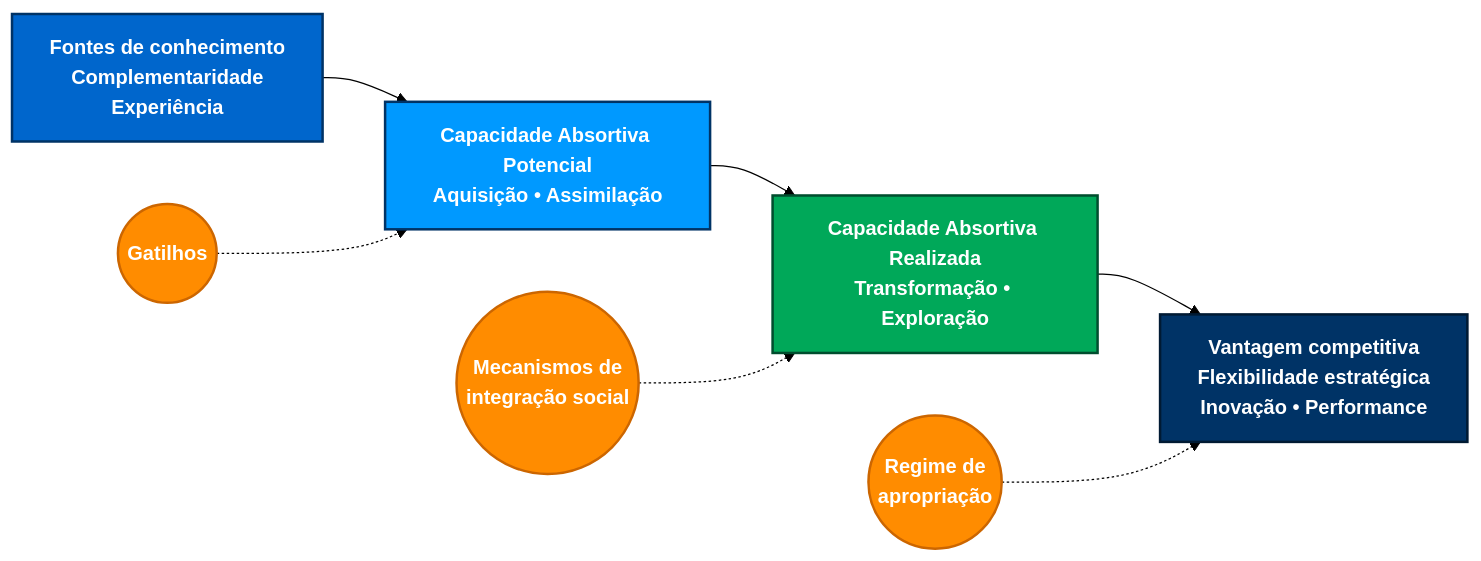
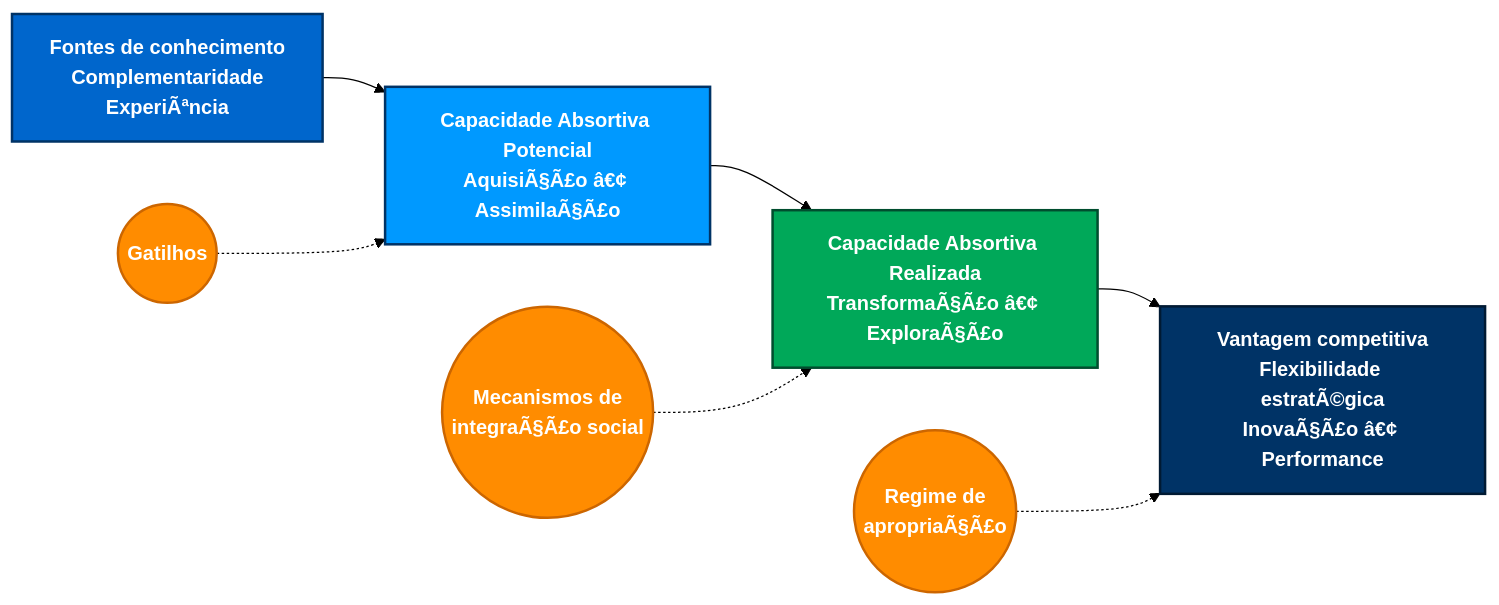
One commit to ldvsantos/cv changed the sixth of 11 diagrams in aulas/ciencia_pi/SLIDES_QUARTO/Tema 05 - Gestao de Projetos inovacao/tema05_apresentacao/tema05_apresentacao.qmd. Above: the diagram before and after it, drawn with Mermaid (forest theme). The commit also changed other lines of this file and 466 other files, not shown here.

````diff
--- a/aulas/ciencia_pi/SLIDES_QUARTO/Tema 05 - Gestao de Projetos inovacao/tema05_apresentacao/tema05_apresentacao.qmd
+++ b/aulas/ciencia_pi/SLIDES_QUARTO/Tema 05 - Gestao de Projetos inovacao/tema05_apresentacao/tema05_apresentacao.qmd
@@ -747,23 +746,23 @@
 ```{mermaid}
 %%| fig-width: 12
 %%| fig-height: 5
 flowchart LR
     %% Blocos principais
-    A[Fontes de conhecimento<br/>Complementaridade<br/>Experiência] --> B
-    B["<b>Capacidade Absortiva Potencial</b><br/>Aquisição • Assimilação"] --> C
-    C["<b>Capacidade Absortiva Realizada</b><br/>Transformação • Exploração"] --> D
-    D[Vantagem competitiva<br/>Flexibilidade estratégica<br/>Inovação • Performance]
+    A[Fontes de conhecimento<br/>Complementaridade<br/>ExperiÃªncia] --> B
+    B["<b>Capacidade Absortiva Potencial</b><br/>AquisiÃ§Ã£o â€¢ AssimilaÃ§Ã£o"] --> C
+    C["<b>Capacidade Absortiva Realizada</b><br/>TransformaÃ§Ã£o â€¢ ExploraÃ§Ã£o"] --> D
+    D[Vantagem competitiva<br/>Flexibilidade estratÃ©gica<br/>InovaÃ§Ã£o â€¢ Performance]
 
     %% Gatilhos e mecanismos
     E((Gatilhos)) -.-> B
-    F((Mecanismos de<br/>integração social)) -.-> C
-    G((Regime de<br/>apropriação)) -.-> D
+    F((Mecanismos de<br/>integraÃ§Ã£o social)) -.-> C
+    G((Regime de<br/>apropriaÃ§Ã£o)) -.-> D
 
     style A fill:#0066CC,stroke:#003366,stroke-width:2px,color:#fff,font-weight:bold
     style B fill:#0099FF,stroke:#003366,stroke-width:2px,color:#fff,font-weight:bold
     style C fill:#00A859,stroke:#004D2E,stroke-width:2px,color:#fff,font-weight:bold
     style D fill:#003366,stroke:#001a33,stroke-width:2px,color:#fff,font-weight:bold
     style E fill:#FF8C00,stroke:#CC6600,stroke-width:2px,color:#fff,font-weight:bold
     style F fill:#FF8C00,stroke:#CC6600,stroke-width:2px,color:#fff,font-weight:bold
     style G fill:#FF8C00,stroke:#CC6600,stroke-width:2px,color:#fff,font-weight:bold
 ```
````
